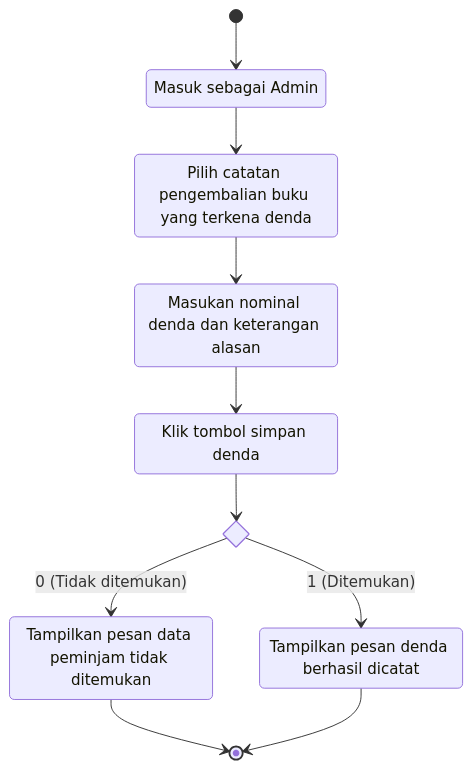
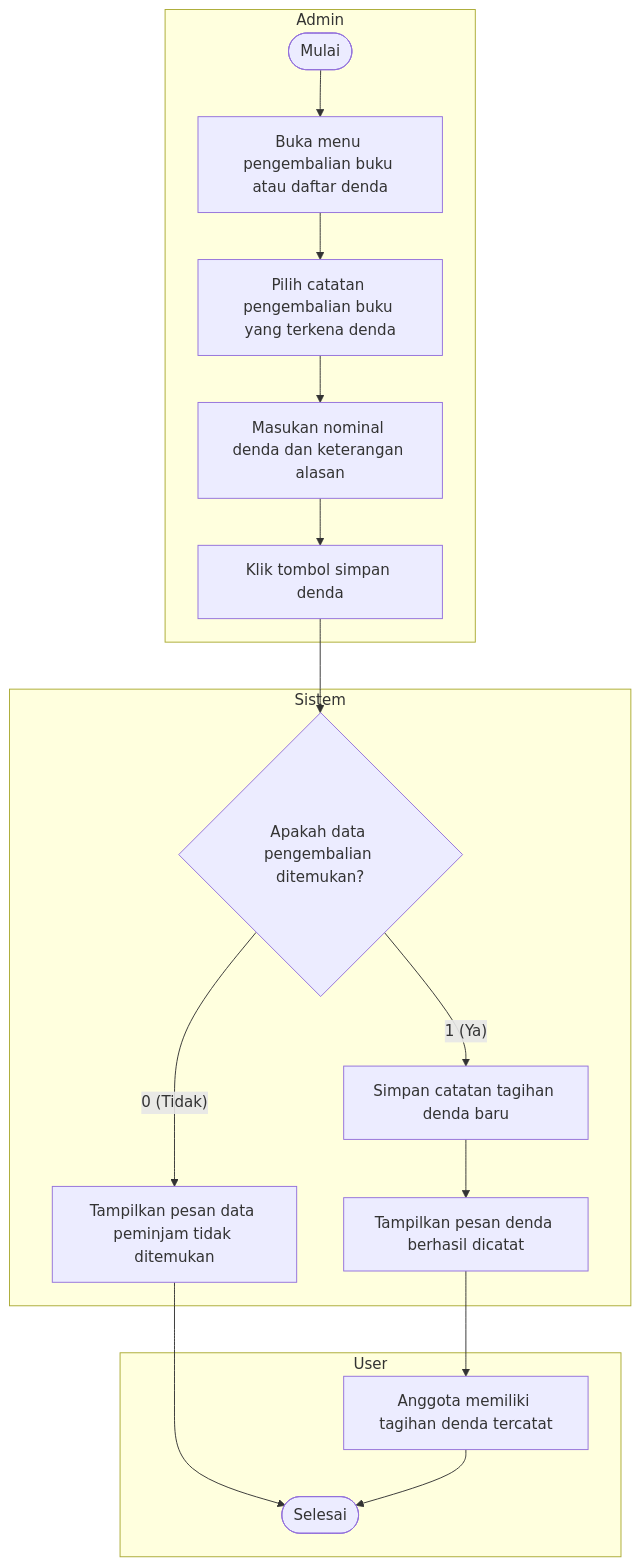
Before and after one commit to dimstyle/ruang-baca: the diagram in docs/uml/src/diagrams/list-diagrams/activity-createdenda.mmd, drawn with Mermaid. The commit also changed 24 other files, not shown here.

Commit message:
docs(uml): add User, Admin, and Sistem swimlanes to activity diagrams

```diff
--- a/docs/uml/src/diagrams/list-diagrams/activity-createdenda.mmd
+++ b/docs/uml/src/diagrams/list-diagrams/activity-createdenda.mmd
@@ -1,18 +1,20 @@
-stateDiagram-v2
-    state "Masuk sebagai Admin" as s1
-    state "Pilih catatan pengembalian buku yang terkena denda" as s2
-    state "Masukan nominal denda dan keterangan alasan" as s3
-    state "Klik tombol simpan denda" as s4
-    state checkFound <<choice>>
-    state "Tampilkan pesan data peminjam tidak ditemukan" as err
-    state "Tampilkan pesan denda berhasil dicatat" as ok
+flowchart TD
+    subgraph Admin["Admin"]
+        start(["Mulai"]) --> openMenu["Buka menu pengembalian buku atau daftar denda"]
+        openMenu --> selectReturn["Pilih catatan pengembalian buku yang terkena denda"]
+        selectReturn --> inputFine["Masukan nominal denda dan keterangan alasan"]
+        inputFine --> clickSave["Klik tombol simpan denda"]
+    end
 
-    [*] --> s1
-    s1 --> s2
-    s2 --> s3
-    s3 --> s4
-    s4 --> checkFound
-    checkFound --> err : 0 (Tidak ditemukan)
-    checkFound --> ok : 1 (Ditemukan)
-    err --> [*]
-    ok --> [*]
+    subgraph Sistem["Sistem"]
+        clickSave --> checkFound{"Apakah data pengembalian ditemukan?"}
+        checkFound -->|"0 (Tidak)"| notFound["Tampilkan pesan data peminjam tidak ditemukan"]
+        checkFound -->|"1 (Ya)"| saveFine["Simpan catatan tagihan denda baru"]
+        saveFine --> created["Tampilkan pesan denda berhasil dicatat"]
+    end
+
+    subgraph User["User"]
+        notFound --> finish(["Selesai"])
+        created --> hasFine["Anggota memiliki tagihan denda tercatat"]
+        hasFine --> finish
+    end
```
